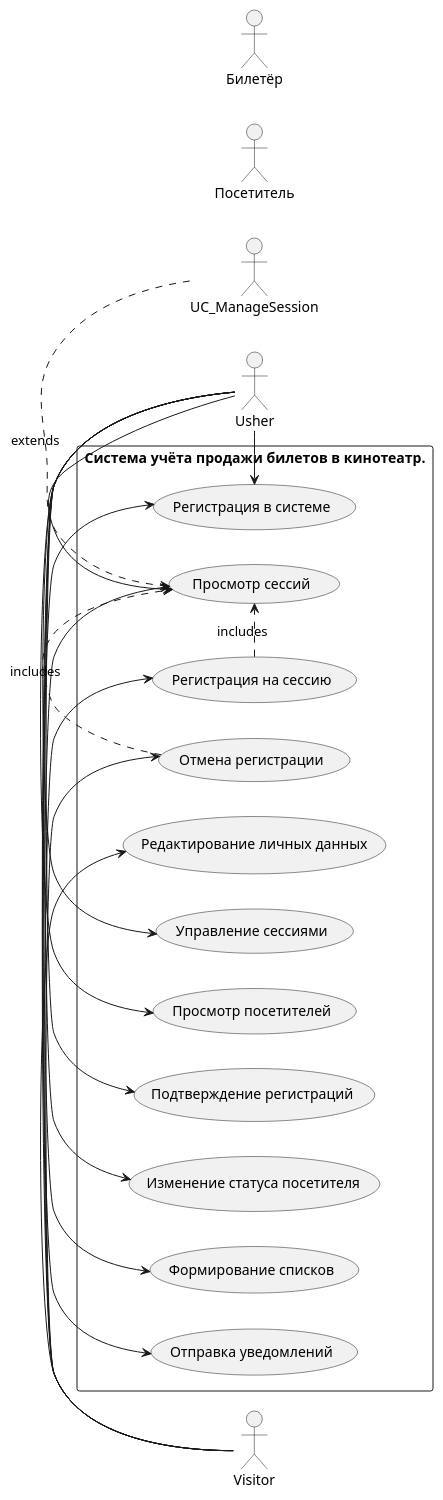
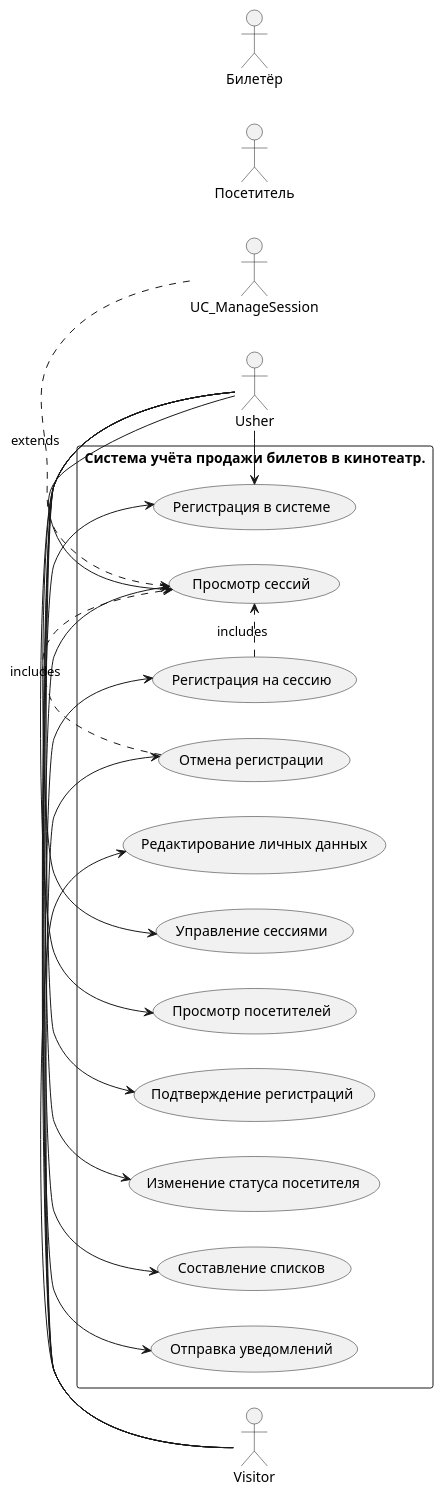
One commit to damnedpunk/main changed the diagram in usecase.puml. Above: the diagram before and after it, drawn with PlantUML.

Commit message:
usecase.puml

```diff
--- a/usecase.puml
+++ b/usecase.puml
@@ -1,45 +1,45 @@
 @startuml
 left to right direction
 skinparam packageStyle rectangle
 
 actor "Посетитель" as Participant
 actor "Билетёр" as Organizer
 
 package "Система учёта продажи билетов в кинотеатр." {
   usecase "Регистрация в системе" as UC_Register
   usecase "Просмотр сессий" as UC_ViewSessions
   usecase "Регистрация на сессию" as UC_RegisterSession
   usecase "Отмена регистрации" as UC_CancelRegistration
   usecase "Редактирование личных данных" as UC_EditProfile
   
   usecase "Управление сессиями" as UC_ManageSessions
   usecase "Просмотр посетителей" as UC_ViewVisitors
   usecase "Подтверждение регистраций" as UC_ConfirmRegistration
   usecase "Изменение статуса посетителя" as UC_ChangeStatus
-  usecase "Формирование списков" as UC_GenerateLists
+  usecase "Составление списков" as UC_GenerateLists
   usecase "Отправка уведомлений" as UC_SendNotifications
 }
 
 ' Связи посетителя
 Visitor -> UC_Register
 Visitor -> UC_ViewSessions
 Visitor -> UC_RegisterSession
 Visitor -> UC_CancelRegistration
 Visitor -> UC_EditProfile
 
 ' Связи билетёра
 Usher -> UC_ManageSessions
 Usher -> UC_ViewVisitors
 Usher -> UC_ConfirmRegistration
 Usher -> UC_ChangeStatus
 Usher -> UC_GenerateLists
 Usher -> UC_SendNotifications
 Usher -> UC_ViewSessions
 Usher -> UC_Register
 
 ' Расширения и включения
 UC_ManageSession .> UC_ViewSessions : extends
 UC_RegisterSession .> UC_ViewSessions : includes
 UC_CancelRegistration .> UC_ViewSessions : includes
 
 @enduml
```
